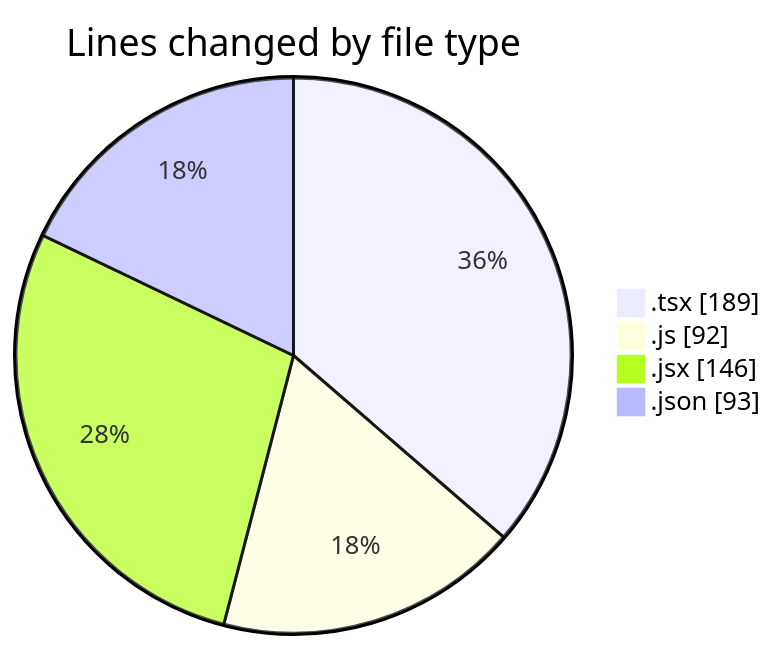
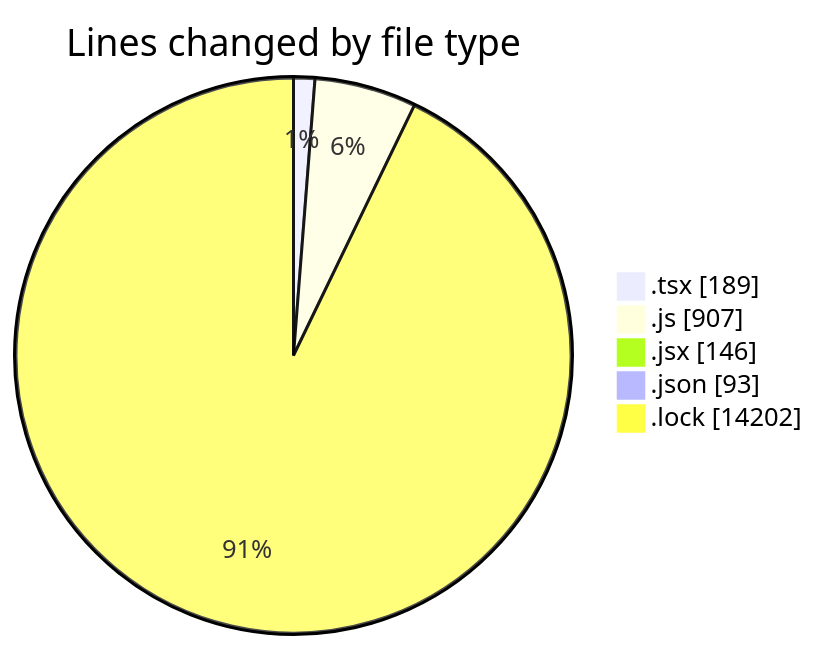
The first of 2 diagrams in 2025-05-08/cda/README.md (momahboobian/code-tracking), drawn with Mermaid before and after one commit. The commit also changed other lines of this file and 1 other file, not shown here.

````diff
--- a/2025-05-08/cda/README.md
+++ b/2025-05-08/cda/README.md
@@ -25,8 +28,9 @@
 ```mermaid
 pie showData
 title Lines changed by file type
 ".tsx" : 189
-".js" : 92
+".js" : 907
 ".jsx" : 146
 ".json" : 93
+".lock" : 14202
 ```
````
